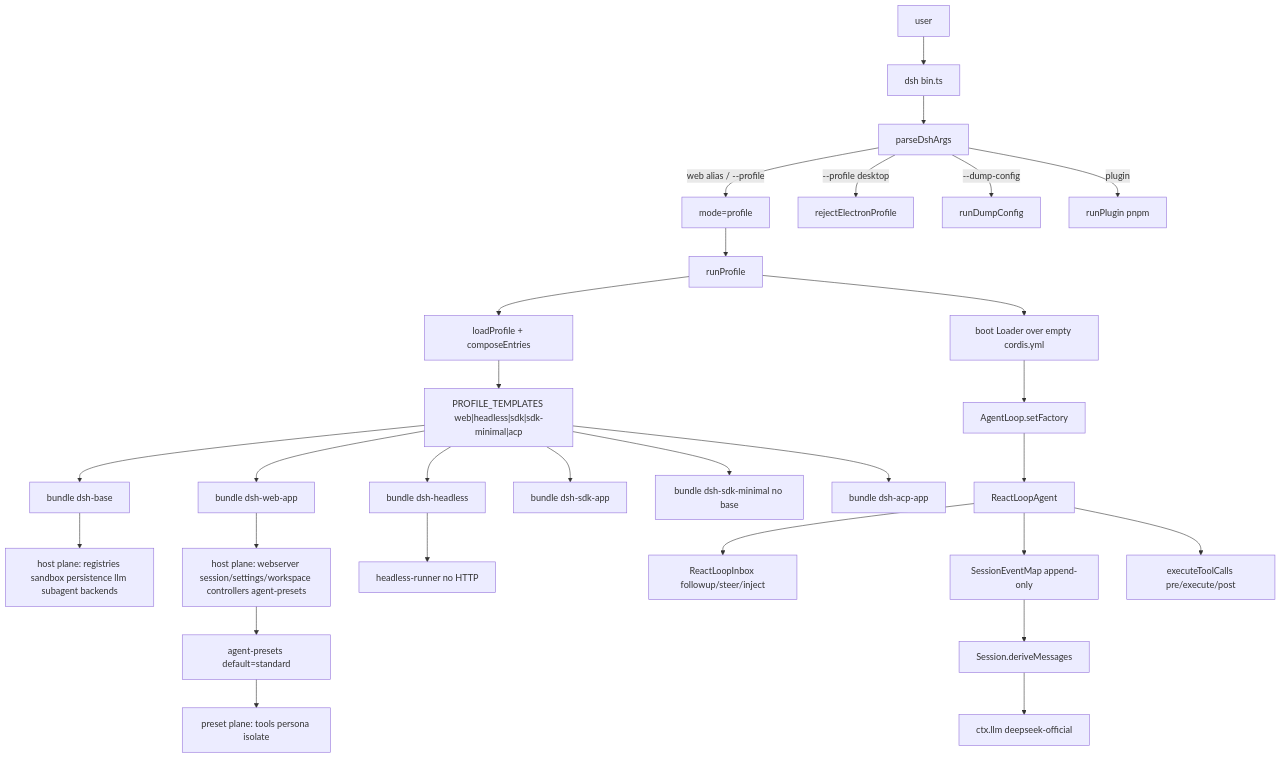
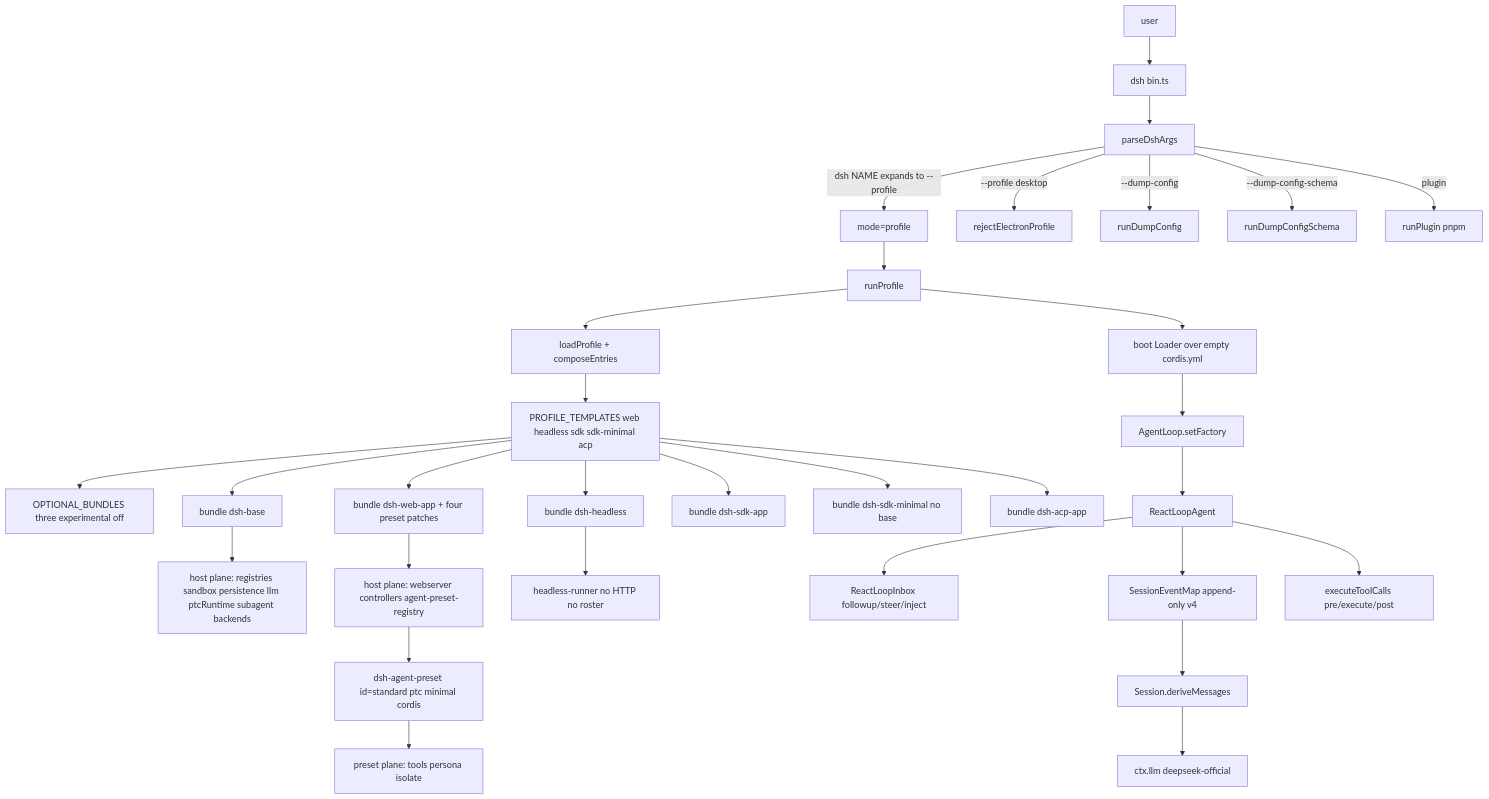
Before and after one commit to wdnmdtonyma/SOTA-Agent-LLM-Wiki: the diagram in docs/llm-wiki/deepseek-harness/spine/overview.md, drawn with Mermaid. The commit also changed other lines of this file and 237 other files, not shown here.

````diff
--- a/docs/llm-wiki/deepseek-harness/spine/overview.md
+++ b/docs/llm-wiki/deepseek-harness/spine/overview.md
@@ -105,31 +128,33 @@
 ```mermaid
 flowchart TD
   User["user"] --> Bin["dsh bin.ts"]
   Bin --> Parse["parseDshArgs"]
-  Parse -->|web alias / --profile| ProfileMode["mode=profile"]
-  Parse -->|--profile desktop| Reject["rejectElectronProfile"]
-  Parse -->|--dump-config| Dump["runDumpConfig"]
-  Parse -->|plugin| Plugin["runPlugin pnpm"]
+  Parse -->|"dsh NAME expands to --profile"| ProfileMode["mode=profile"]
+  Parse -->|"--profile desktop"| Reject["rejectElectronProfile"]
+  Parse -->|"--dump-config"| Dump["runDumpConfig"]
+  Parse -->|"--dump-config-schema"| DumpSchema["runDumpConfigSchema"]
+  Parse -->|"plugin"| Plugin["runPlugin pnpm"]
   ProfileMode --> Run["runProfile"]
   Run --> Load["loadProfile + composeEntries"]
-  Load --> Templates["PROFILE_TEMPLATES web|headless|sdk|sdk-minimal|acp"]
+  Load --> Templates["PROFILE_TEMPLATES web headless sdk sdk-minimal acp"]
+  Templates --> Optional["OPTIONAL_BUNDLES three experimental off"]
   Templates --> Base["bundle dsh-base"]
-  Templates --> WebApp["bundle dsh-web-app"]
+  Templates --> WebApp["bundle dsh-web-app + four preset patches"]
   Templates --> Headless["bundle dsh-headless"]
   Templates --> Sdk["bundle dsh-sdk-app"]
   Templates --> SdkMin["bundle dsh-sdk-minimal no base"]
   Templates --> Acp["bundle dsh-acp-app"]
-  Base --> HostPlane["host plane: registries sandbox persistence llm subagent backends"]
-  WebApp --> HostUI["host plane: webserver session/settings/workspace controllers agent-presets"]
-  Headless --> OneShot["headless-runner no HTTP"]
-  HostUI --> PresetRoster["agent-presets default=standard"]
-  PresetRoster --> PresetPlane["preset plane: tools persona isolate"]
+  Base --> HostPlane["host plane: registries sandbox persistence llm ptcRuntime subagent backends"]
+  WebApp --> HostUI["host plane: webserver controllers agent-preset-registry"]
+  Headless --> OneShot["headless-runner no HTTP no roster"]
+  HostUI --> PresetRows["dsh-agent-preset id=standard ptc minimal cordis"]
+  PresetRows --> PresetPlane["preset plane: tools persona isolate"]
   Run --> Boot["boot Loader over empty cordis.yml"]
   Boot --> Factory["AgentLoop.setFactory"]
   Factory --> Loop["ReactLoopAgent"]
   Loop --> Inbox["ReactLoopInbox followup/steer/inject"]
-  Loop --> Log["SessionEventMap append-only"]
+  Loop --> Log["SessionEventMap append-only v4"]
   Log --> Derive["Session.deriveMessages"]
   Derive --> LLM["ctx.llm deepseek-official"]
   Loop --> Tools["executeToolCalls pre/execute/post"]
 ```
````
